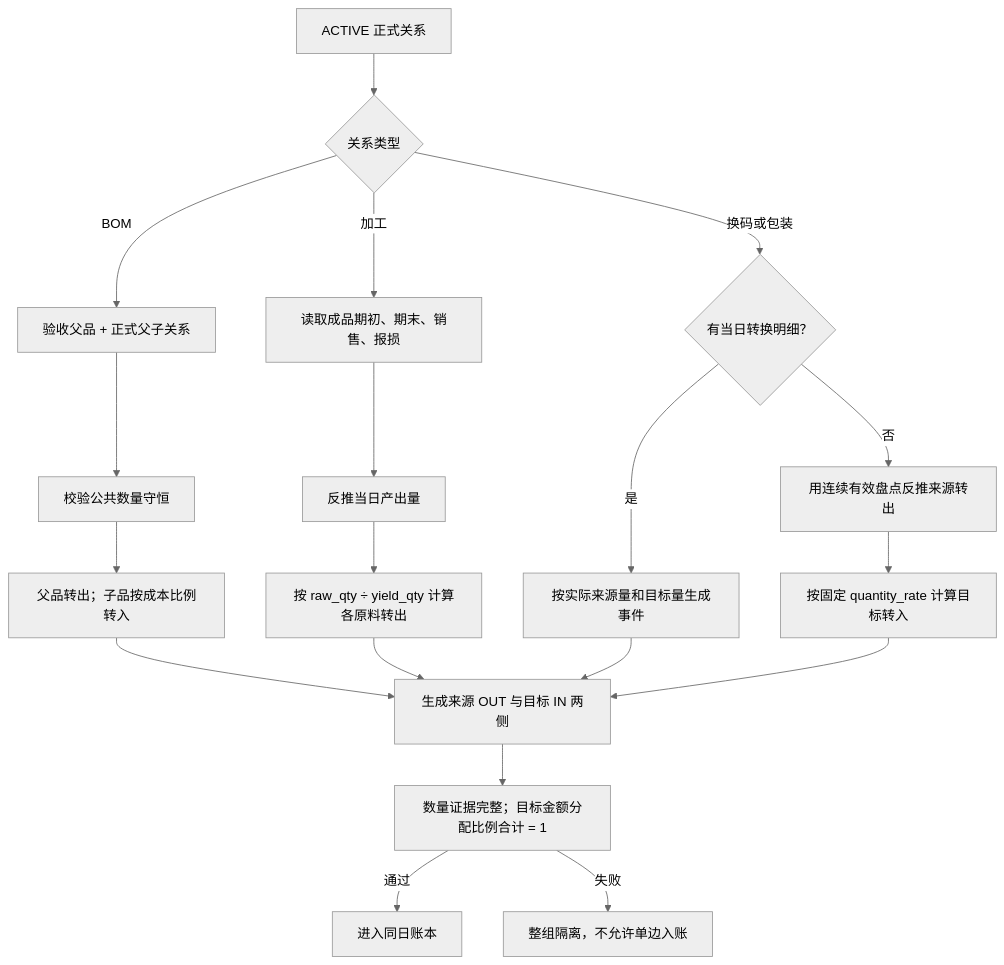
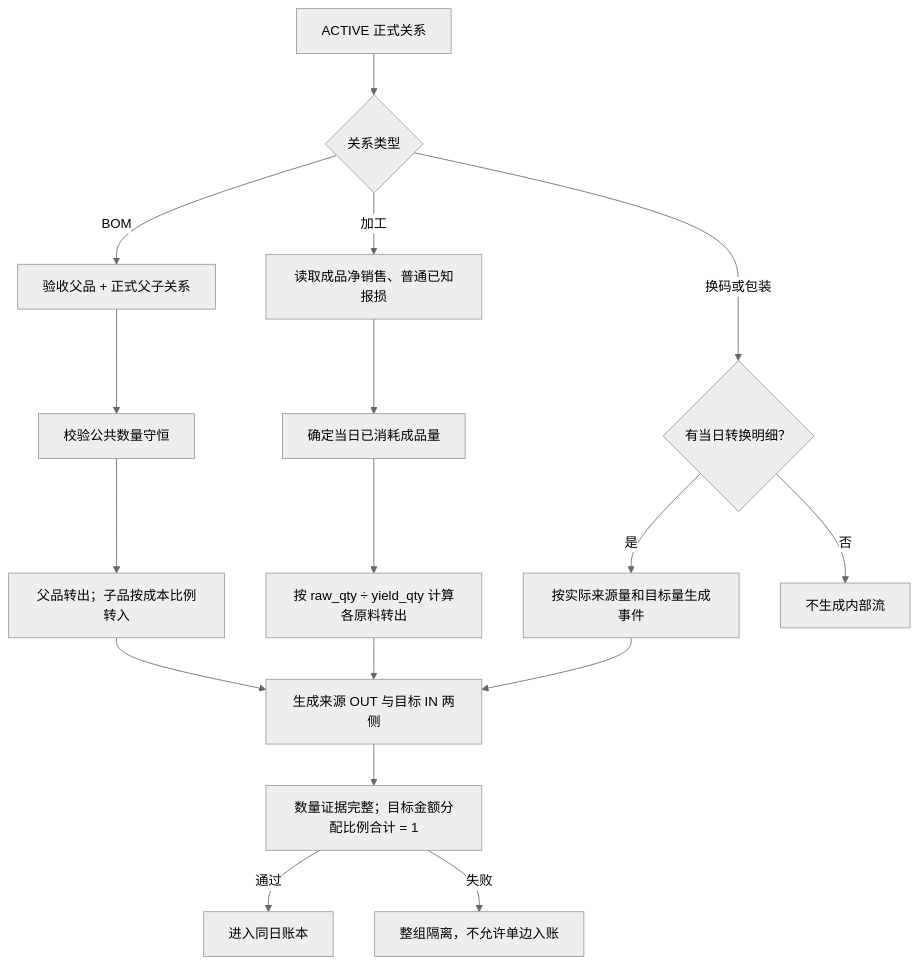
One commit to kate636/cuihua-data changed the fourth of 8 diagrams in fmetl/README.md. Above: the diagram before and after it, drawn with Mermaid (neutral theme). The commit also changed other lines of this file and 27 other files, not shown here.

````diff
--- a/fmetl/README.md
+++ b/fmetl/README.md
@@ -246,25 +250,23 @@
 ```mermaid
 flowchart TB
     REL["ACTIVE 正式关系"] --> TYPE{"关系类型"}
 
     TYPE -->|BOM| B1["验收父品 + 正式父子关系"]
     B1 --> B2["校验公共数量守恒"]
     B2 --> B3["父品转出；子品按成本比例转入"]
 
-    TYPE -->|加工| P1["读取成品期初、期末、销售、报损"]
-    P1 --> P2["反推当日产出量"]
+    TYPE -->|加工| P1["读取成品净销售、普通已知报损"]
+    P1 --> P2["确定当日已消耗成品量"]
     P2 --> P3["按 raw_qty ÷ yield_qty 计算各原料转出"]
 
     TYPE -->|换码或包装| C1{"有当日转换明细？"}
     C1 -->|是| C2["按实际来源量和目标量生成事件"]
-    C1 -->|否| C3["用连续有效盘点反推来源转出"]
-    C3 --> C4["按固定 quantity_rate 计算目标转入"]
+    C1 -->|否| C3["不生成内部流"]
 
     B3 --> LEGS["生成来源 OUT 与目标 IN 两侧"]
     P3 --> LEGS
     C2 --> LEGS
-    C4 --> LEGS
     LEGS --> CHECK["数量证据完整；目标金额分配比例合计 = 1"]
     CHECK -->|通过| POST["进入同日账本"]
     CHECK -->|失败| QUAR["整组隔离，不允许单边入账"]
 ```
````
